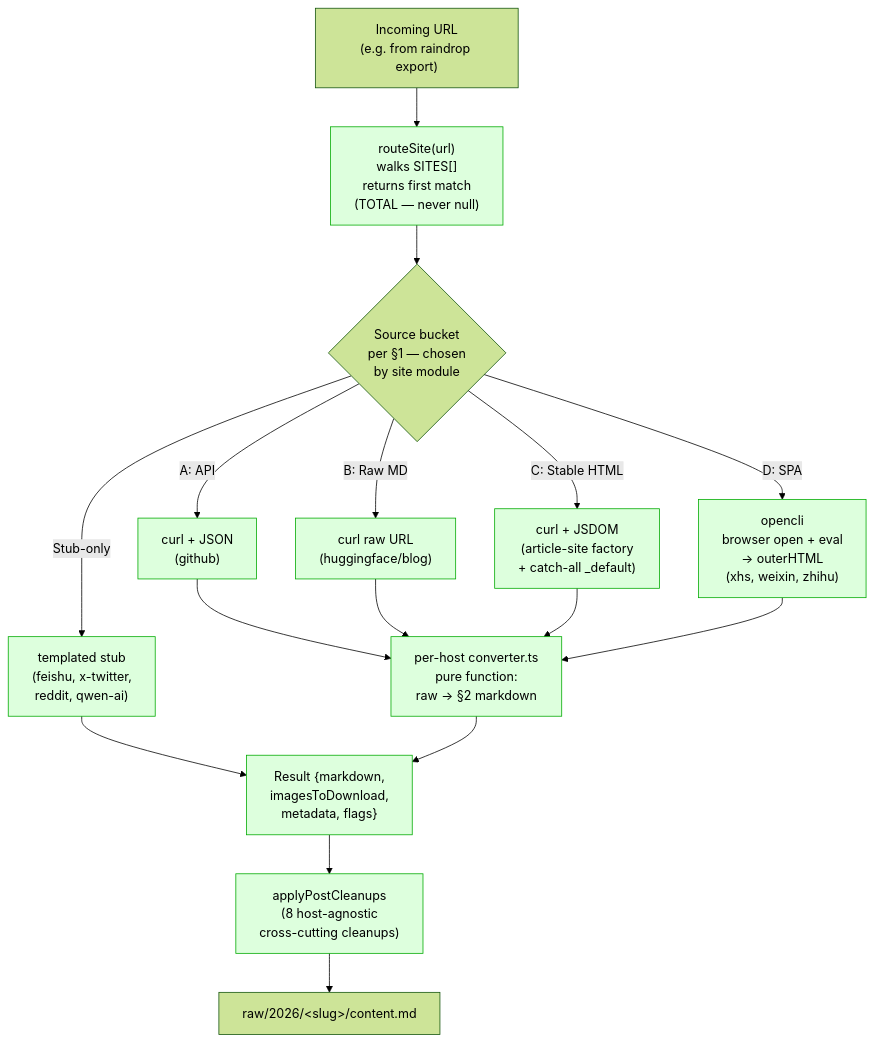
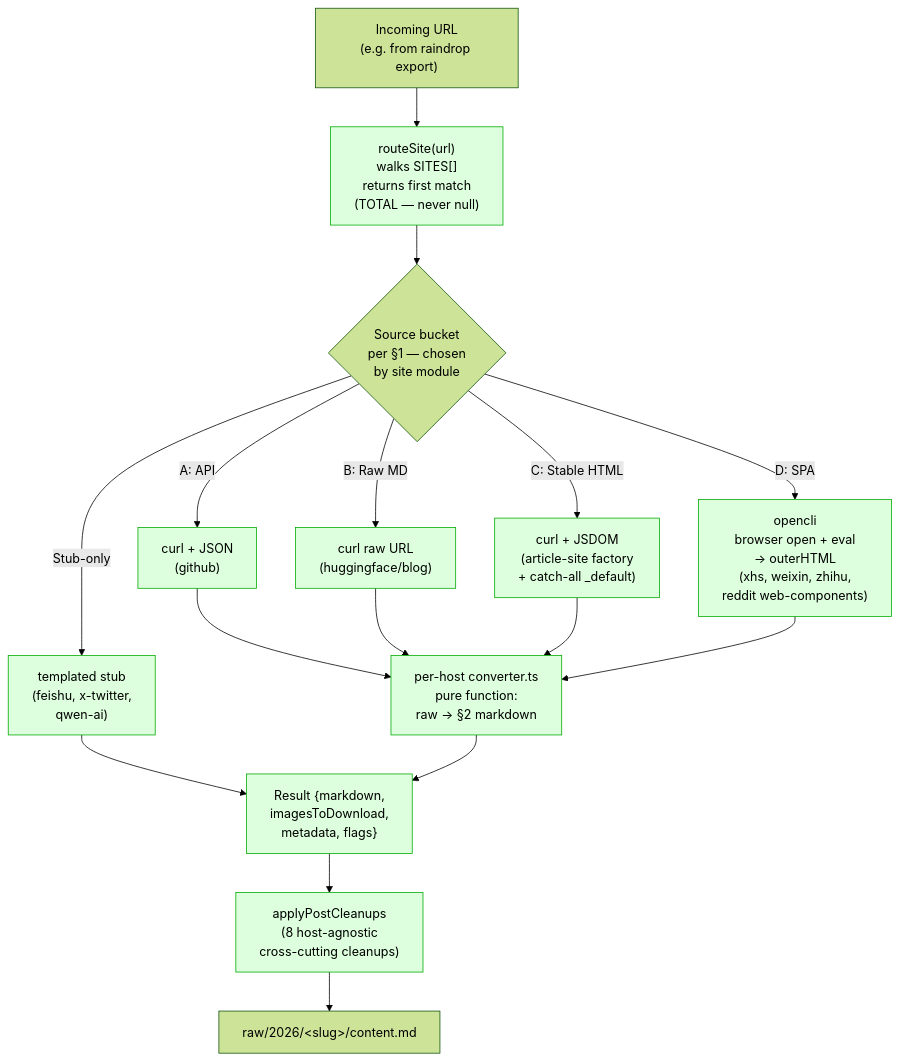
Before and after one commit to charles1614/hirono-wiki: the second of 4 diagrams in docs/fetcher-architecture.md, drawn with Mermaid (forest theme). The commit also changed 12 other files, not shown here.

````diff
--- a/docs/fetcher-architecture.md
+++ b/docs/fetcher-architecture.md
@@ -90,33 +90,33 @@
 ```mermaid
 flowchart TB
     URL["Incoming URL<br/>(e.g. from raindrop export)"] --> Router["routeSite(url)<br/>walks SITES[]<br/>returns first match<br/>(TOTAL — never null)"]
 
     Router --> Bucket{Source bucket<br/>per §1 — chosen<br/>by site module}
     Bucket -->|"A: API"| FetchAPI["curl + JSON<br/>(github)"]
     Bucket -->|"B: Raw MD"| FetchRaw["curl raw URL<br/>(huggingface/blog)"]
     Bucket -->|"C: Stable HTML"| FetchHTML["curl + JSDOM<br/>(article-site factory<br/>+ catch-all _default)"]
-    Bucket -->|"D: SPA"| FetchBrowser["opencli<br/>browser open + eval<br/>→ outerHTML<br/>(xhs, weixin, zhihu)"]
-    Bucket -->|"Stub-only"| FetchStub["templated stub<br/>(feishu, x-twitter,<br/>reddit, qwen-ai)"]
+    Bucket -->|"D: SPA"| FetchBrowser["opencli<br/>browser open + eval<br/>→ outerHTML<br/>(xhs, weixin, zhihu,<br/>reddit web-components)"]
+    Bucket -->|"Stub-only"| FetchStub["templated stub<br/>(feishu, x-twitter,<br/>qwen-ai)"]
 
     FetchAPI --> Conv["per-host converter.ts<br/>pure function:<br/>raw → §2 markdown"]
     FetchRaw --> Conv
     FetchHTML --> Conv
     FetchBrowser --> Conv
     FetchStub --> Result
 
     Conv --> Result["Result {markdown,<br/>imagesToDownload,<br/>metadata, flags}"]
 
     Result --> Cleanup["applyPostCleanups<br/>(8 host-agnostic<br/>cross-cutting cleanups)"]
 
     Cleanup --> Final["raw/2026/&lt;slug&gt;/content.md"]
 
     style Router fill:#dfd,stroke:#0a0
     style FetchBrowser fill:#dfd,stroke:#0a0
     style FetchHTML fill:#dfd,stroke:#0a0
     style FetchRaw fill:#dfd,stroke:#0a0
     style FetchAPI fill:#dfd,stroke:#0a0
     style FetchStub fill:#dfd,stroke:#0a0
     style Conv fill:#dfd,stroke:#0a0
     style Cleanup fill:#dfd,stroke:#0a0
     style Result fill:#dfd,stroke:#0a0
 ```
````
